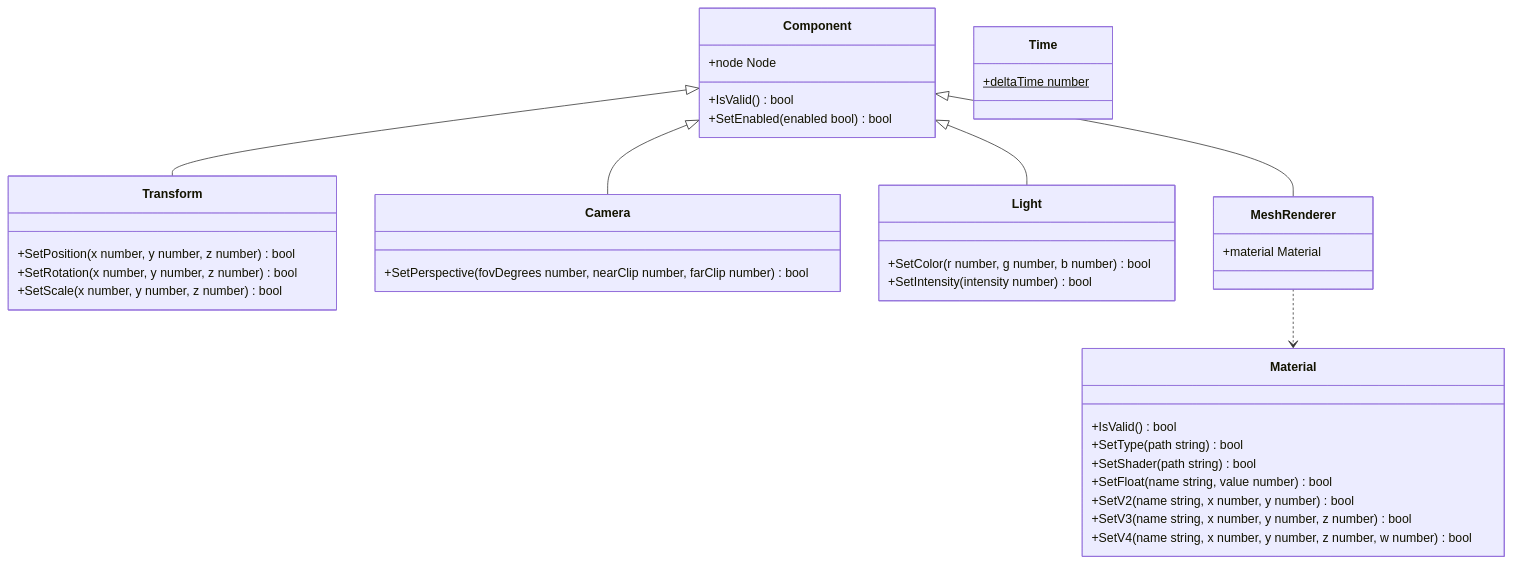
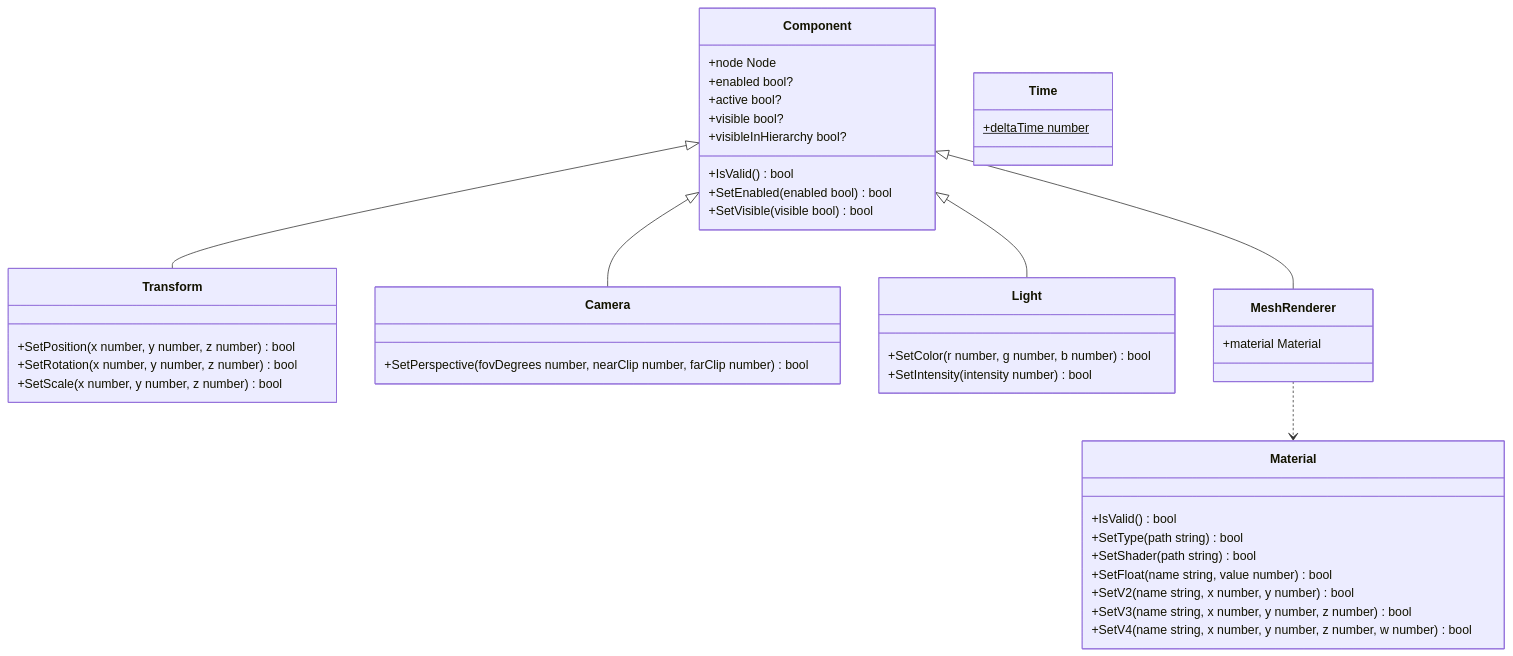
One commit to lcals/Engine changed the third of 3 diagrams in docs/runtime/class-diagrams/gameplay.md. Above: the diagram before and after it, drawn with Mermaid. The commit also changed other lines of this file and 195 other files, not shown here.

````diff
--- a/docs/runtime/class-diagrams/gameplay.md
+++ b/docs/runtime/class-diagrams/gameplay.md
@@ -92,41 +98,46 @@
 ```mermaid
 classDiagram
     direction TB
     class Component {
         +node Node
         +IsValid() bool
         +SetEnabled(enabled bool) bool
+        +enabled bool?
+        +active bool?
+        +SetVisible(visible bool) bool
+        +visible bool?
+        +visibleInHierarchy bool?
     }
     class Transform {
         +SetPosition(x number, y number, z number) bool
         +SetRotation(x number, y number, z number) bool
         +SetScale(x number, y number, z number) bool
     }
     class Camera {
         +SetPerspective(fovDegrees number, nearClip number, farClip number) bool
     }
     class Light {
         +SetColor(r number, g number, b number) bool
         +SetIntensity(intensity number) bool
     }
     class MeshRenderer {
         +material Material
     }
     class Material {
         +IsValid() bool
         +SetType(path string) bool
         +SetShader(path string) bool
         +SetFloat(name string, value number) bool
         +SetV2(name string, x number, y number) bool
         +SetV3(name string, x number, y number, z number) bool
         +SetV4(name string, x number, y number, z number, w number) bool
     }
     class Time {
         +deltaTime number$
     }
     Component <|-- Transform
     Component <|-- Camera
     Component <|-- Light
     Component <|-- MeshRenderer
     MeshRenderer ..> Material
 ```
````
